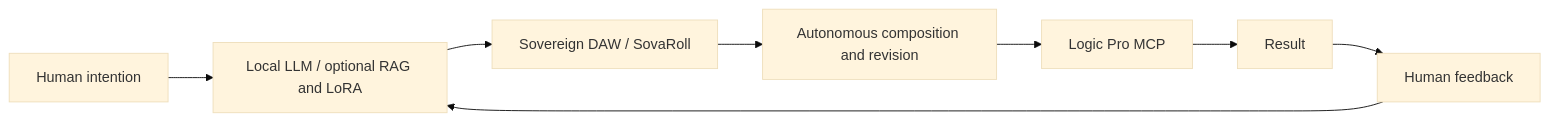
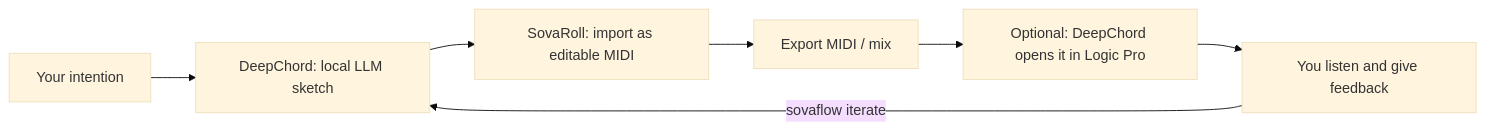
One commit to Sovereign-Music-Lab/SovaFlow changed the diagram in README.md. Above: the diagram before and after it, drawn with Mermaid (base theme). The commit also changed other lines of this file and 37 other files, not shown here.

````diff
--- a/README.md
+++ b/README.md
@@ -30,10 +33,9 @@
 ```mermaid
 flowchart LR
-    H[Human intention] --> L[Local LLM / optional RAG and LoRA]
-    L --> D[Sovereign DAW / SovaRoll]
-    D --> A[Autonomous composition and revision]
-    A --> M[Logic Pro MCP]
-    M --> R[Result]
-    R --> F[Human feedback]
-    F --> L
+    H[Your intention] --> D[DeepChord: local LLM sketch]
+    D --> S[SovaRoll: import as editable MIDI]
+    S --> E[Export MIDI / mix]
+    E --> L[Optional: DeepChord opens it in Logic Pro]
+    L --> F[You listen and give feedback]
+    F -->|sovaflow iterate| D
 ```
````
